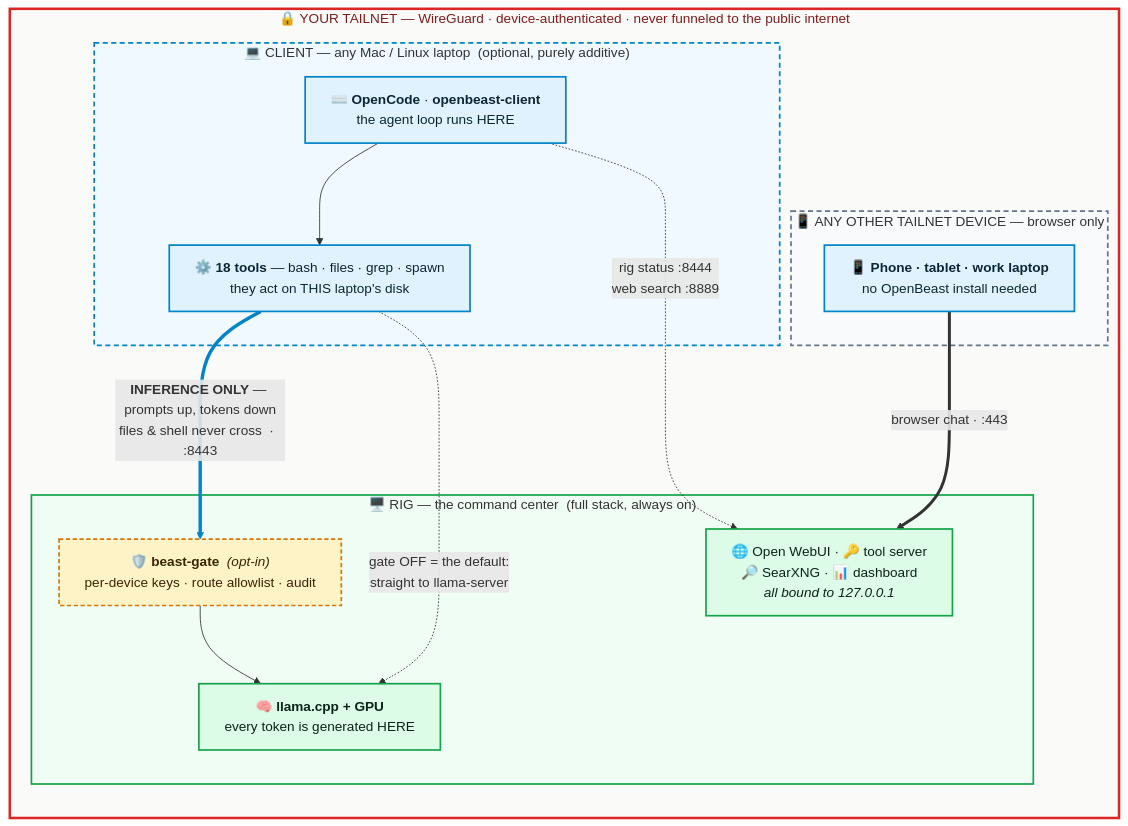
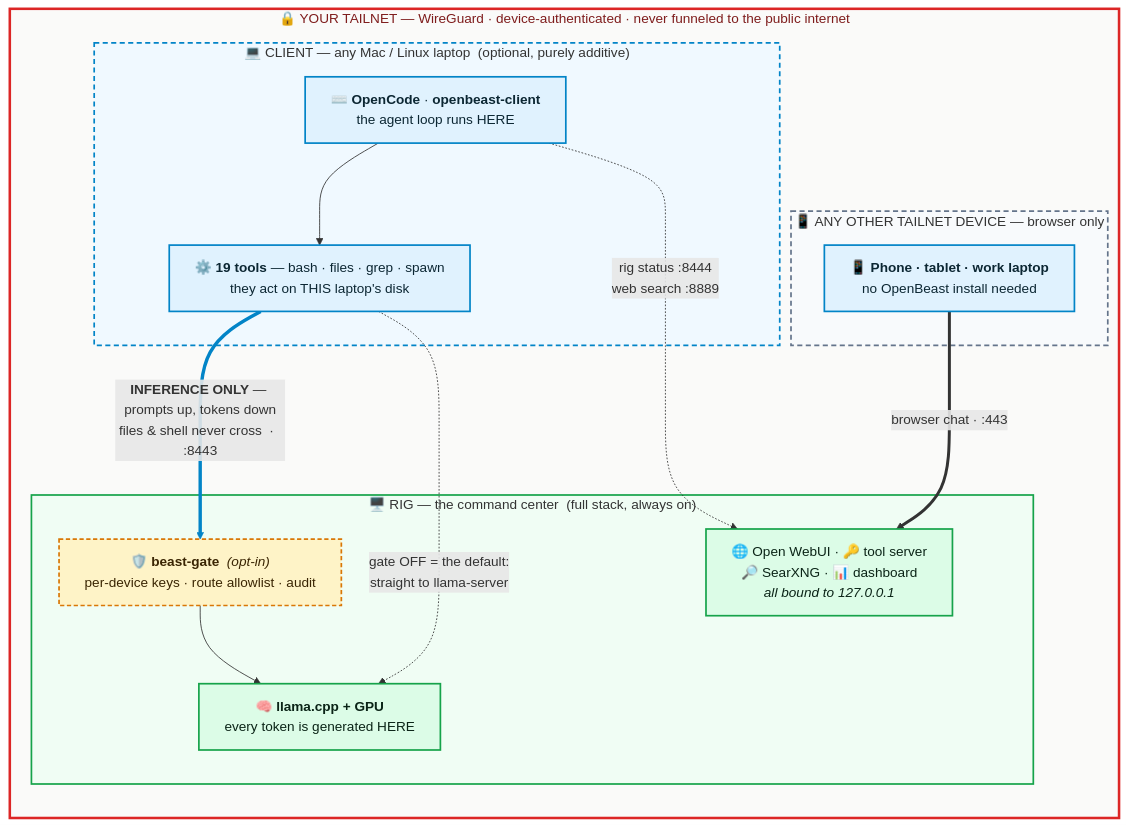
One commit to MaximilianKhan/openbeast changed the first of 2 diagrams in docs/ARCHITECTURE.md. Above: the diagram before and after it, drawn with Mermaid. The commit also changed other lines of this file and 6 other files, not shown here.

````diff
--- a/docs/ARCHITECTURE.md
+++ b/docs/ARCHITECTURE.md
@@ -20,40 +20,40 @@
 ```mermaid
 %%{init: {"flowchart": {"wrappingWidth": 340, "curve": "basis", "nodeSpacing": 45, "rankSpacing": 55}}}%%
 flowchart LR
     subgraph TAILNET["🔒 YOUR TAILNET — WireGuard · device-authenticated · never funneled to the public internet"]
 
         subgraph CLIENT["💻 CLIENT — any Mac / Linux laptop &nbsp;(optional, purely additive)"]
             cagent["⌨️ <b>OpenCode</b> · <b>openbeast-client</b><br/>the agent loop runs HERE"]
-            ctools["⚙️ <b>18 tools</b> — bash · files · grep · spawn<br/>they act on THIS laptop's disk"]
+            ctools["⚙️ <b>19 tools</b> — bash · files · grep · spawn<br/>they act on THIS laptop's disk"]
             cagent --> ctools
         end
 
         subgraph OTHER["📱 ANY OTHER TAILNET DEVICE — browser only"]
             phone["📱 <b>Phone · tablet · work laptop</b><br/>no OpenBeast install needed"]
         end
 
         subgraph RIG["🖥️ RIG — the command center &nbsp;(full stack, always on)"]
             gate["🛡️ <b>beast-gate</b> &nbsp;<i>(opt-in)</i><br/>per-device keys · route allowlist · audit"]
             brain["🧠 <b>llama.cpp + GPU</b><br/>every token is generated HERE"]
             cc["🌐 Open WebUI · 🔑 tool server<br/>🔎 SearXNG · 📊 dashboard<br/><i>all bound to 127.0.0.1</i>"]
             gate --> brain
         end
     end
 
     ctools ==>|"<b>INFERENCE ONLY</b> — prompts up, tokens down<br/>files &amp; shell never cross &nbsp;·&nbsp; :8443"| gate
     ctools -.->|"gate OFF = the default:<br/>straight to llama-server"| brain
     cagent -.->|"rig status :8444<br/>web search :8889"| cc
     phone ==>|"browser chat · :443"| cc
 
     classDef client fill:#e0f2fe,stroke:#0284c7,stroke-width:2px,color:#0c2733;
     classDef rig fill:#dcfce7,stroke:#16a34a,stroke-width:2px,color:#0b2417;
     classDef sec fill:#fef3c7,stroke:#d97706,stroke-width:2px,stroke-dasharray:5 3,color:#3a2503;
     class cagent,ctools,phone client;
     class brain,cc rig;
     class gate sec;
     style TAILNET fill:#fafaf9,stroke:#dc2626,stroke-width:3px,color:#7f1d1d;
     style CLIENT fill:#f0f9ff,stroke:#0284c7,stroke-width:2px,stroke-dasharray:6 4;
     style RIG fill:#f0fdf4,stroke:#16a34a,stroke-width:2px;
     style OTHER fill:#f8fafc,stroke:#64748b,stroke-width:2px,stroke-dasharray:6 4;
     linkStyle 2 stroke:#0284c7,stroke-width:4px;
 ```
````
